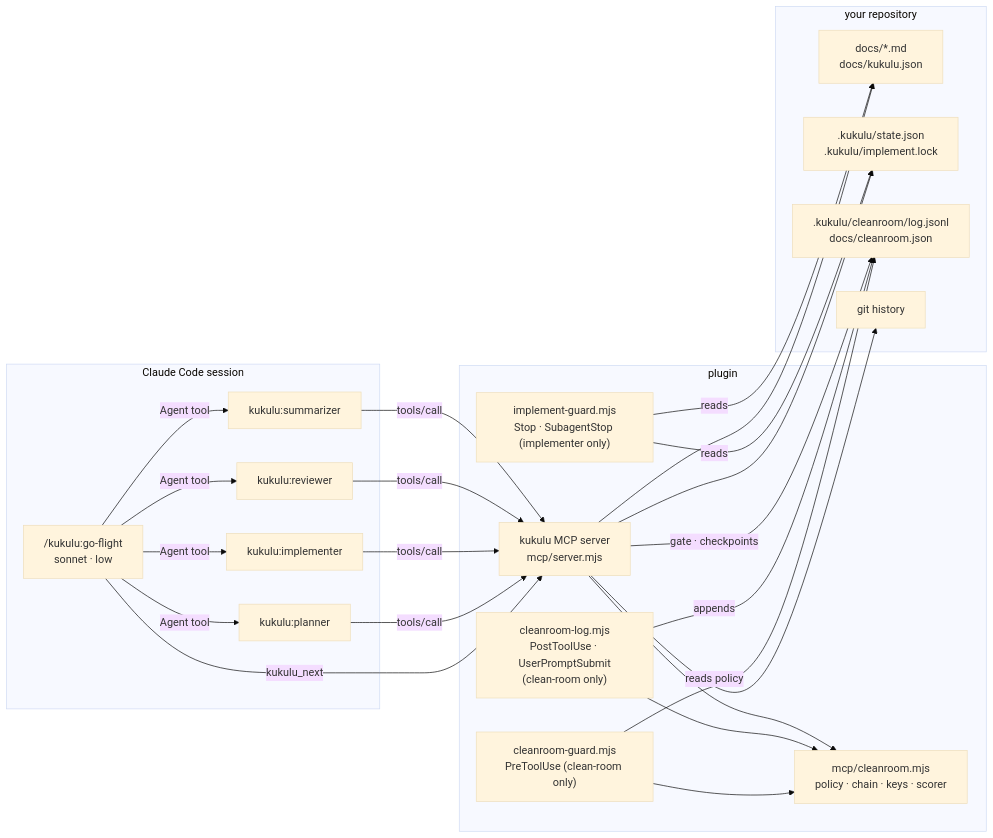
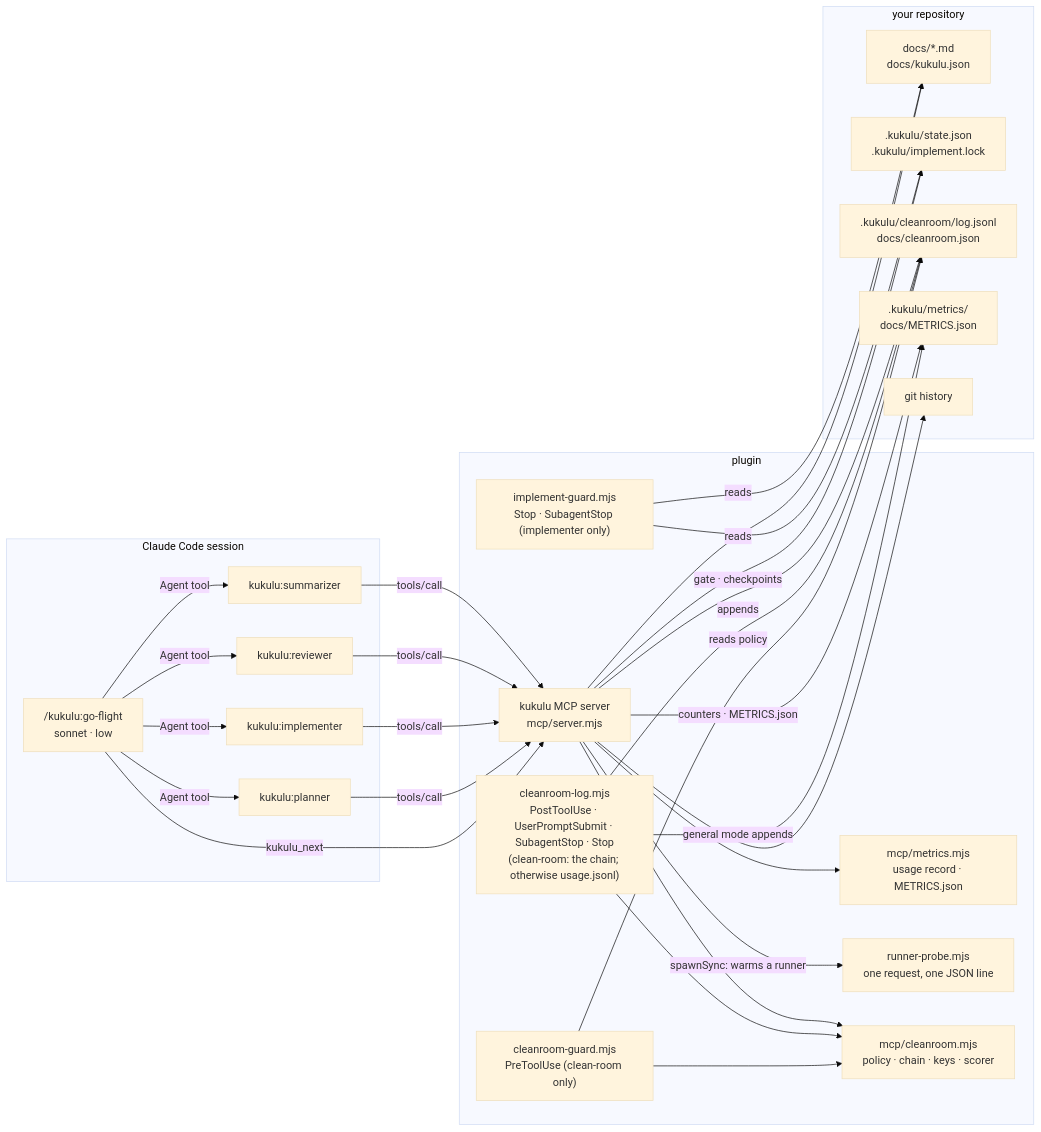
The first of 5 diagrams in docs/architecture.md (DisplaceTech/kukulu), drawn with Mermaid (base theme) before and after one commit. The commit also changed other lines of this file and 5 other files, not shown here.

````diff
--- a/docs/architecture.md
+++ b/docs/architecture.md
@@ -7,38 +7,45 @@
 ```mermaid
 flowchart LR
     subgraph CC["Claude Code session"]
         GF["/kukulu:go-flight<br/>sonnet · low"]
         A1["kukulu:planner"]
         A2["kukulu:implementer"]
         A3["kukulu:reviewer"]
         A4["kukulu:summarizer"]
     end
 
     subgraph PL["plugin"]
         MCP["kukulu MCP server<br/>mcp/server.mjs"]
         HOOK["implement-guard.mjs<br/>Stop · SubagentStop (implementer only)"]
         CRG["cleanroom-guard.mjs<br/>PreToolUse (clean-room only)"]
-        CRL["cleanroom-log.mjs<br/>PostToolUse · UserPromptSubmit<br/>(clean-room only)"]
+        CRL["cleanroom-log.mjs<br/>PostToolUse · UserPromptSubmit · SubagentStop · Stop<br/>(clean-room: the chain; otherwise usage.jsonl)"]
+        MET["mcp/metrics.mjs<br/>usage record · METRICS.json"]
+        PROBE["runner-probe.mjs<br/>one request, one JSON line"]
         CRM["mcp/cleanroom.mjs<br/>policy · chain · keys · scorer"]
     end
 
     subgraph REPO["your repository"]
         DOCS["docs/*.md<br/>docs/kukulu.json"]
         STATE[".kukulu/state.json<br/>.kukulu/implement.lock"]
         LOG[".kukulu/cleanroom/log.jsonl<br/>docs/cleanroom.json"]
+        MD[".kukulu/metrics/<br/>docs/METRICS.json"]
         GIT["git history"]
     end
 
     GF -->|"Agent tool"| A1 & A2 & A3 & A4
     GF -->|"kukulu_next"| MCP
     A1 & A2 & A3 & A4 -->|"tools/call"| MCP
     MCP --> DOCS
     MCP --> STATE
     MCP --> GIT
     HOOK -->|"reads"| STATE
     HOOK -->|"reads"| DOCS
     CRG -->|"reads policy"| LOG
     CRL -->|"appends"| LOG
     MCP -->|"gate · checkpoints"| LOG
+    CRL -->|"general mode appends"| MD
+    MCP -->|"counters · METRICS.json"| MD
+    MCP -->|"spawnSync: warms a runner"| PROBE
+    MCP --> MET
     CRG & CRL & MCP --> CRM
 ```
````
